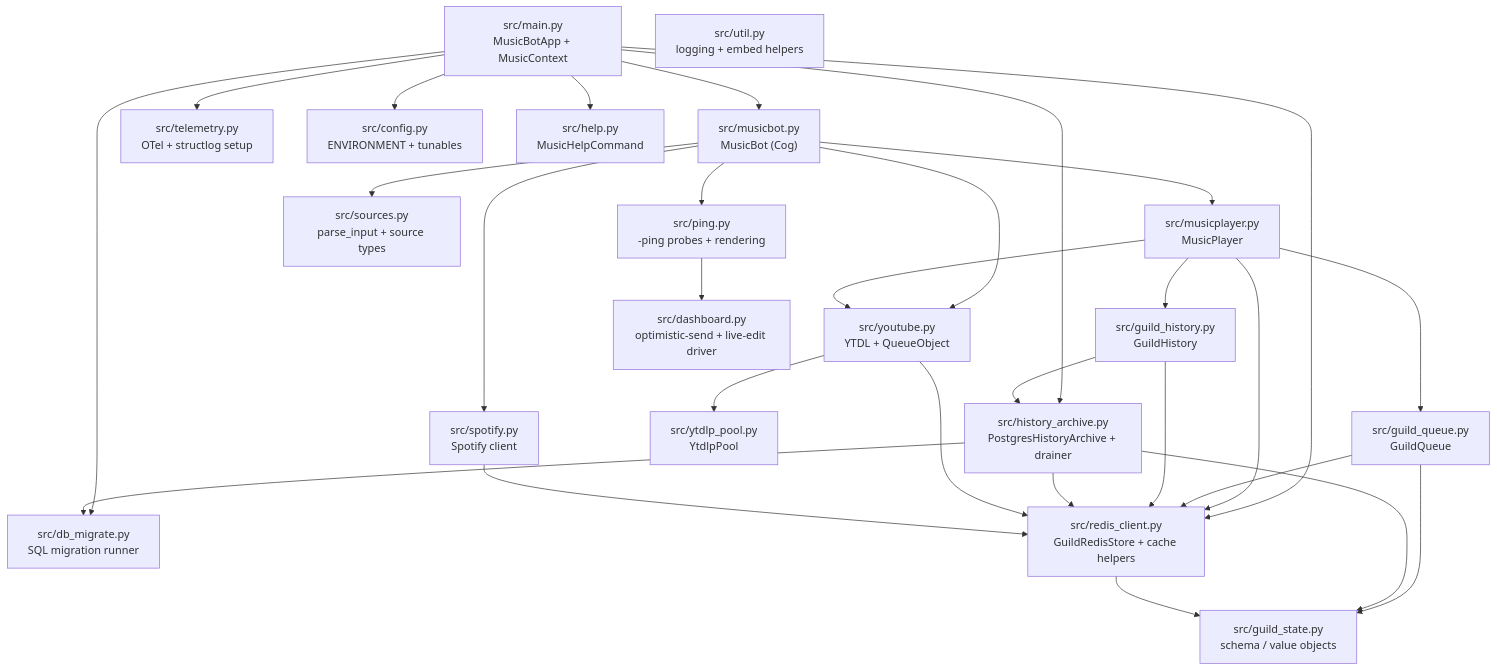
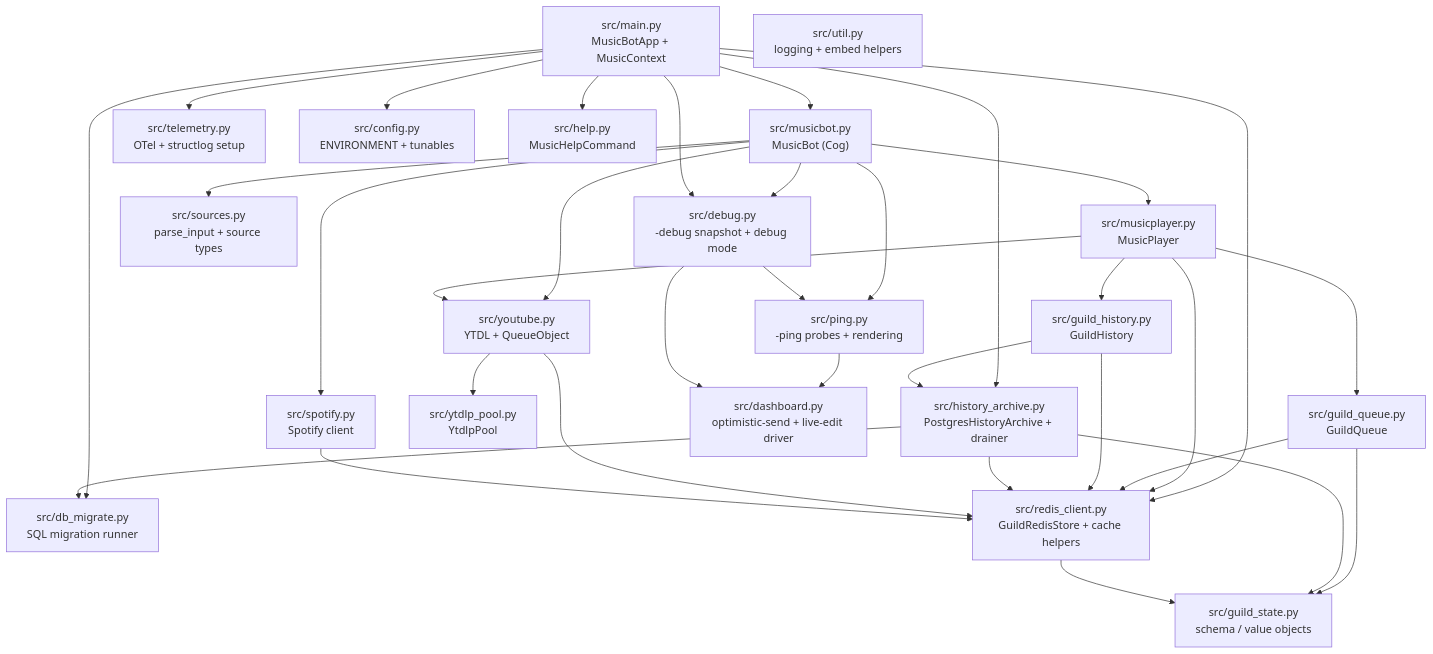
Before and after one commit to kawadeomkar/discord-music-bot: the third of 15 diagrams in docs/ARCHITECTURE.md, drawn with Mermaid. The commit also changed other lines of this file and 8 other files, not shown here.

First line of the commit message:
Add the -debug snapshot, owner-gated for anything about the host

````diff
--- a/docs/ARCHITECTURE.md
+++ b/docs/ARCHITECTURE.md
@@ -159,51 +159,56 @@
 ```mermaid
 graph TD
     main["src/main.py\nMusicBotApp + MusicContext"]
     musicbot["src/musicbot.py\nMusicBot (Cog)"]
     musicplayer["src/musicplayer.py\nMusicPlayer"]
     guild_queue["src/guild_queue.py\nGuildQueue"]
     guild_history["src/guild_history.py\nGuildHistory"]
     guild_state["src/guild_state.py\nschema / value objects"]
     history_archive["src/history_archive.py\nPostgresHistoryArchive + drainer"]
     db["src/db_migrate.py\nSQL migration runner"]
     youtube["src/youtube.py\nYTDL + QueueObject"]
     ytdlp_pool["src/ytdlp_pool.py\nYtdlpPool"]
     sources["src/sources.py\nparse_input + source types"]
     spotify["src/spotify.py\nSpotify client"]
     redis_client["src/redis_client.py\nGuildRedisStore + cache helpers"]
     telemetry["src/telemetry.py\nOTel + structlog setup"]
     config["src/config.py\nENVIRONMENT + tunables"]
     help_cmd["src/help.py\nMusicHelpCommand"]
     dashboard["src/dashboard.py\noptimistic-send + live-edit driver"]
     ping["src/ping.py\n-ping probes + rendering"]
+    debug_mod["src/debug.py\n-debug snapshot + debug mode"]
     util["src/util.py\nlogging + embed helpers"]
 
     main --> musicbot
     main --> redis_client
     main --> telemetry
     main --> config
     main --> help_cmd
     main --> db
     main --> history_archive
     musicbot --> musicplayer
     musicbot --> ping
+    musicbot --> debug_mod
     ping --> dashboard
+    debug_mod --> dashboard
+    debug_mod --> ping
+    main --> debug_mod
     musicbot --> sources
     musicbot --> spotify
     musicbot --> youtube
     musicplayer --> guild_queue
     musicplayer --> guild_history
     musicplayer --> youtube
     musicplayer --> redis_client
     guild_queue --> guild_state
     guild_queue --> redis_client
     guild_history --> redis_client
     guild_history --> history_archive
     history_archive --> db
     history_archive --> guild_state
     history_archive --> redis_client
     redis_client --> guild_state
     youtube --> redis_client
     youtube --> ytdlp_pool
     spotify --> redis_client
 ```
````
